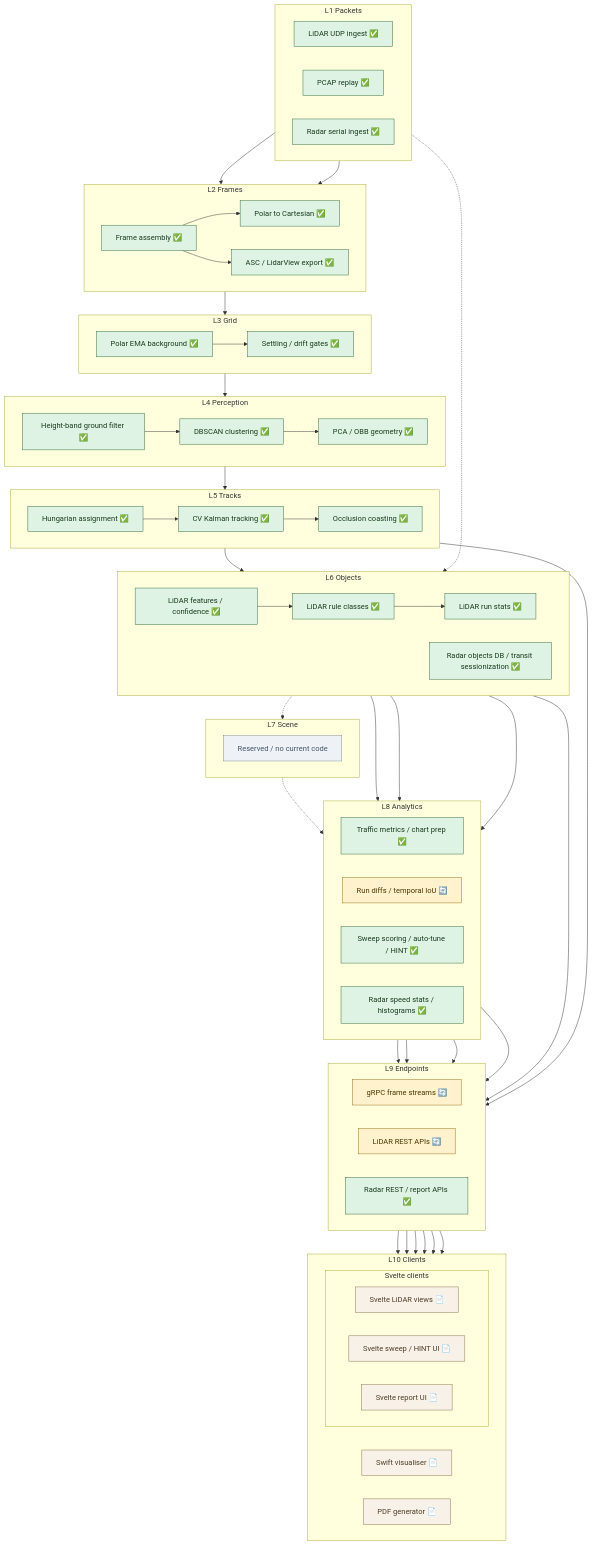
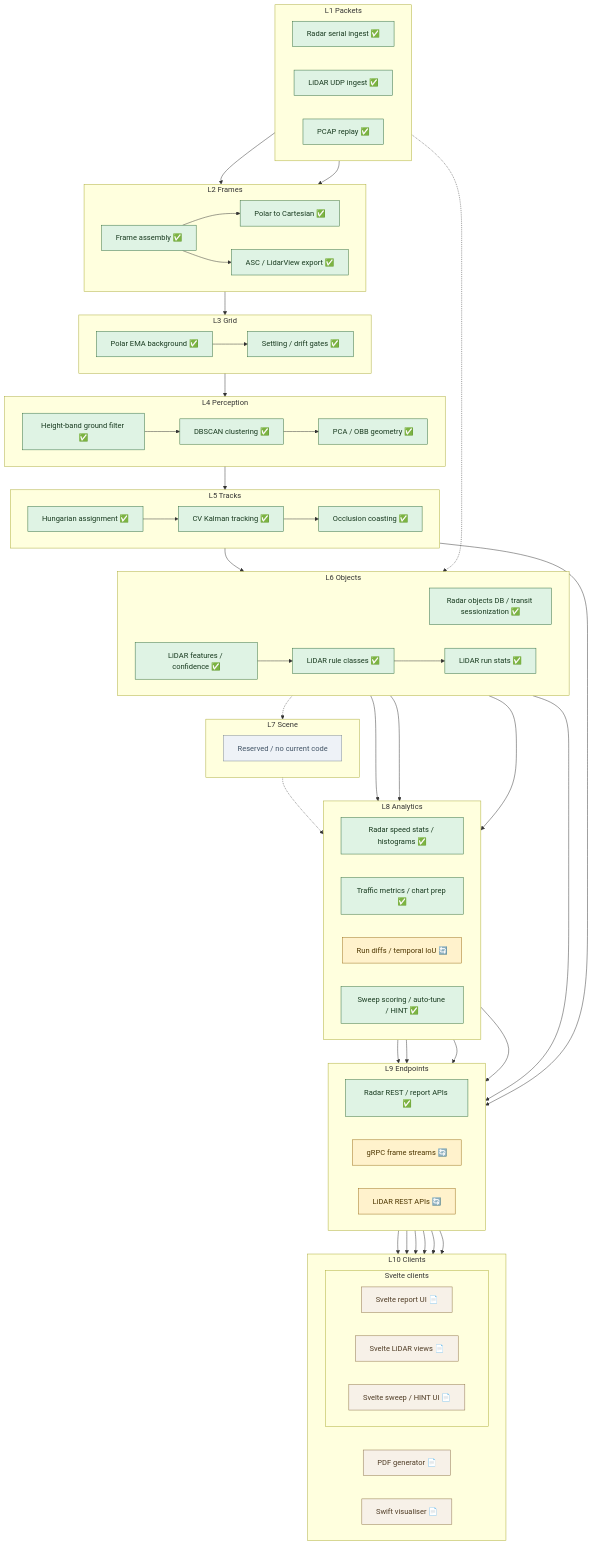
Before and after one commit to banshee-data/velocity.report: the diagram in docs/lidar/architecture/lidar-data-layer-model.md, drawn with Mermaid. The commit also changed other lines of this file, not shown here.

Commit message:
Adjust lidar architecture layout

```diff
--- a/docs/lidar/architecture/lidar-data-layer-model.md
+++ b/docs/lidar/architecture/lidar-data-layer-model.md
@@ -50,9 +50,9 @@
 
     subgraph L1["L1 Packets"]
         direction LR
+        R11["Radar serial ingest ✅"]
         A11["LiDAR UDP ingest ✅"]
         A12["PCAP replay ✅"]
-        R11["Radar serial ingest ✅"]
     end
 
     subgraph L2["L2 Frames"]
@@ -84,10 +84,10 @@
 
     subgraph L6["L6 Objects"]
         direction LR
+        R61["Radar objects DB / transit sessionization ✅"]
         A61["LiDAR features / confidence ✅"]
         A62["LiDAR rule classes ✅"]
         A63["LiDAR run stats ✅"]
-        R61["Radar objects DB / transit sessionization ✅"]
     end
 
     subgraph L7["L7 Scene"]
@@ -97,29 +97,29 @@
 
     subgraph L8["L8 Analytics"]
         direction LR
+        R81["Radar speed stats / histograms ✅"]
         A81["Traffic metrics / chart prep ✅"]
         A82["Run diffs / temporal IoU 🔄"]
         A83["Sweep scoring / auto-tune / HINT ✅"]
-        R81["Radar speed stats / histograms ✅"]
     end
 
     subgraph L9["L9 Endpoints"]
         direction LR
+        R91["Radar REST / report APIs ✅"]
         A91["gRPC frame streams 🔄"]
         A92["LiDAR REST APIs 🔄"]
-        R91["Radar REST / report APIs ✅"]
     end
 
     subgraph L10["L10 Clients"]
         direction LR
-        A101["Swift visualiser 📄"]
         subgraph L10S["Svelte clients"]
             direction LR
+            R101["Svelte report UI 📄"]
             A102["Svelte LiDAR views 📄"]
             A103["Svelte sweep / HINT UI 📄"]
-            R101["Svelte report UI 📄"]
         end
         R102["PDF generator 📄"]
+        A101["Swift visualiser 📄"]
     end
 
     A11 --> A21
```
